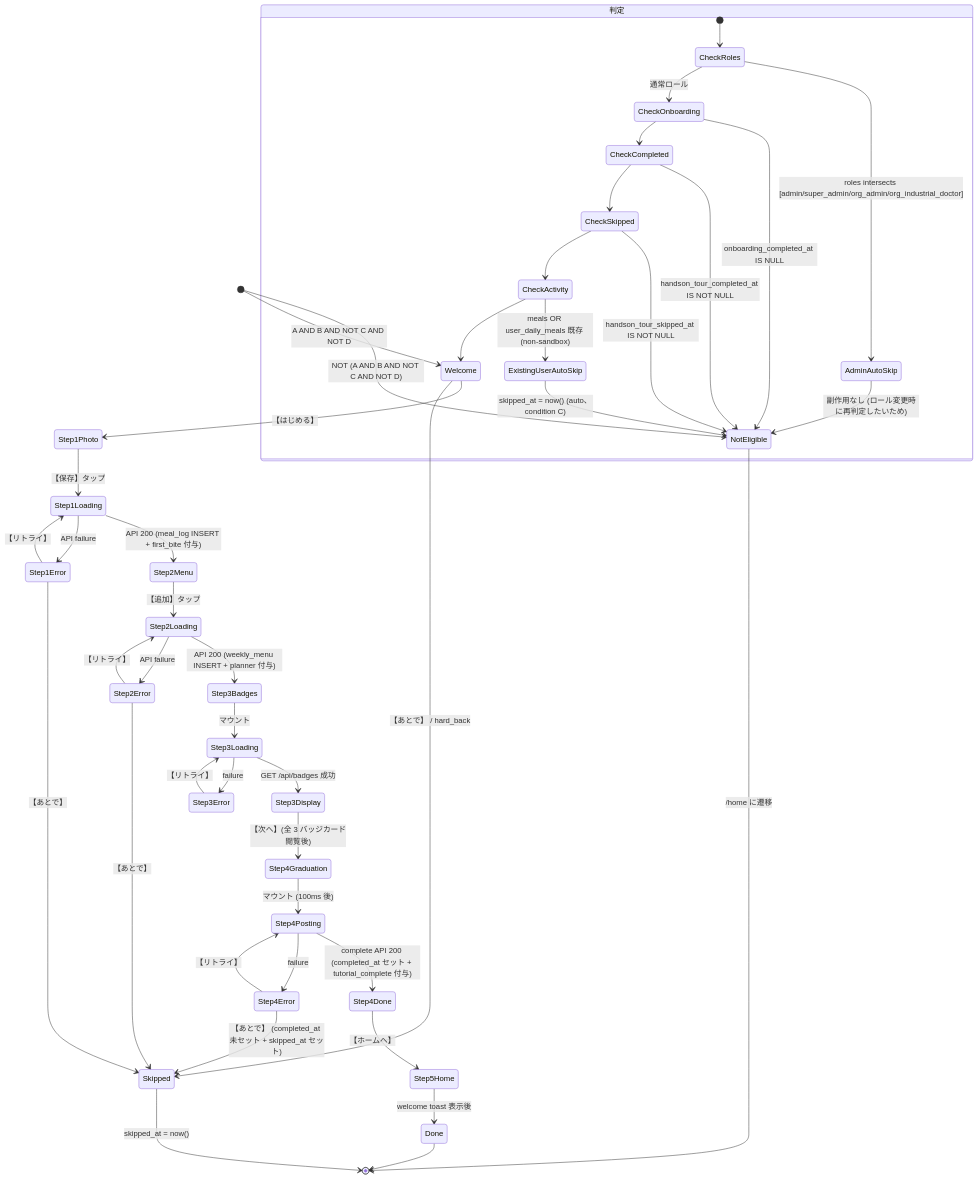
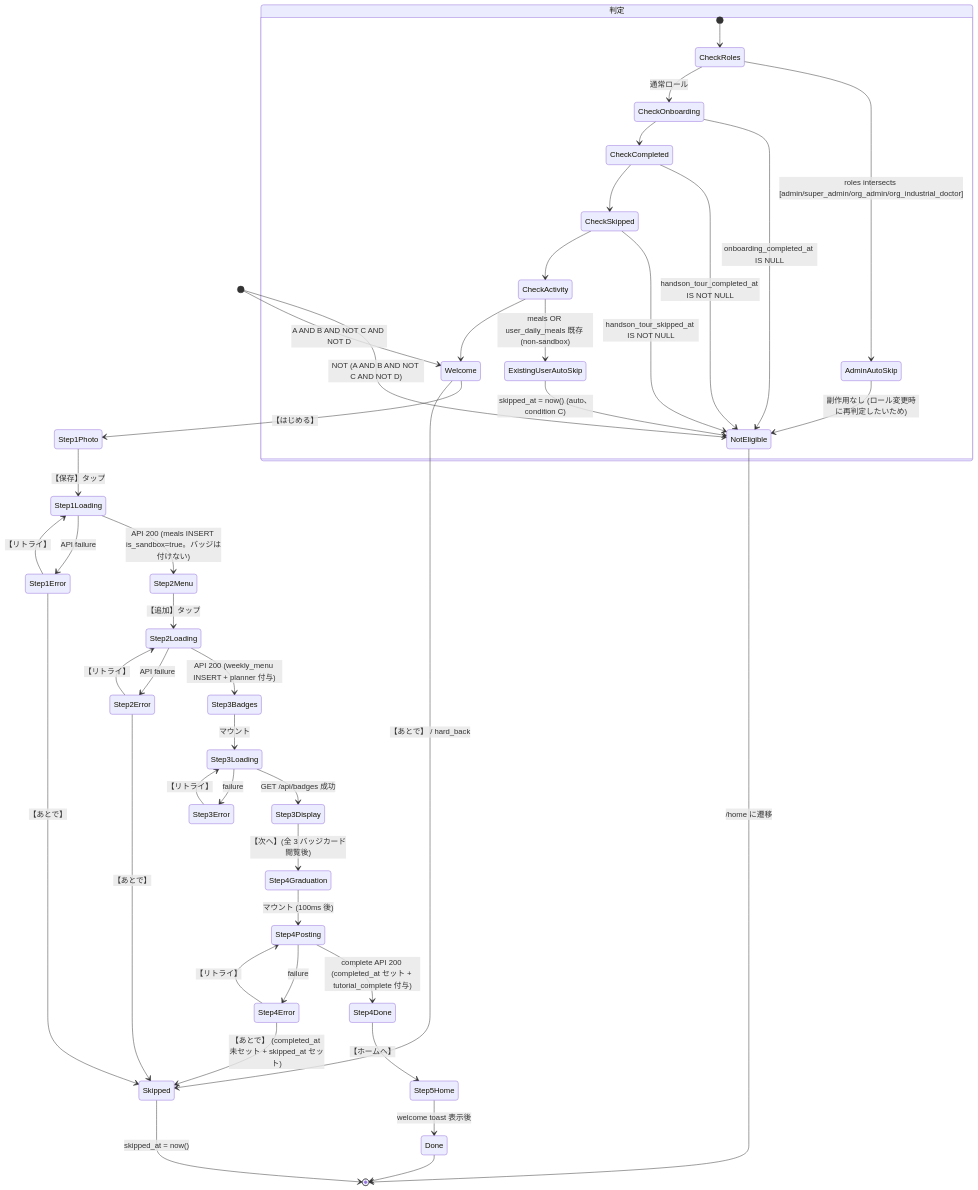
The diagram in docs/design/family/09-onboarding-handson-tour/08-state-db.md (DaisukeHori/homegohan-app), drawn with Mermaid before and after one commit. The commit also changed other lines of this file and 9 other files, not shown here.

Commit message:
docs(design): ツアー Step 3 の獲得数と first_bite の吹き出しの文言を実装に合わせる (#1626)

````diff
--- a/docs/design/family/09-onboarding-handson-tour/08-state-db.md
+++ b/docs/design/family/09-onboarding-handson-tour/08-state-db.md
@@ -102,57 +102,57 @@
 ```mermaid
 stateDiagram-v2
   [*] --> NotEligible: NOT (A AND B AND NOT C AND NOT D)
   [*] --> Welcome: A AND B AND NOT C AND NOT D
 
   state "判定" as Eligibility {
     [*] --> CheckRoles
     CheckRoles --> AdminAutoSkip: roles intersects [admin/super_admin/org_admin/org_industrial_doctor]
     CheckRoles --> CheckOnboarding: 通常ロール
     CheckOnboarding --> NotEligible: onboarding_completed_at IS NULL
     CheckOnboarding --> CheckCompleted
     CheckCompleted --> NotEligible: handson_tour_completed_at IS NOT NULL
     CheckCompleted --> CheckSkipped
     CheckSkipped --> NotEligible: handson_tour_skipped_at IS NOT NULL
     CheckSkipped --> CheckActivity
     CheckActivity --> ExistingUserAutoSkip: meals OR user_daily_meals 既存 (non-sandbox)
     CheckActivity --> Welcome
   }
 
   Welcome --> Step1Photo: 【はじめる】
   Welcome --> Skipped: 【あとで】 / hard_back
 
   Step1Photo --> Step1Loading: 【保存】タップ
-  Step1Loading --> Step2Menu: API 200 (meal_log INSERT + first_bite 付与)
+  Step1Loading --> Step2Menu: API 200 (meals INSERT is_sandbox=true。バッジは付けない)
   Step1Loading --> Step1Error: API failure
   Step1Error --> Step1Loading: 【リトライ】
   Step1Error --> Skipped: 【あとで】
 
   Step2Menu --> Step2Loading: 【追加】タップ
   Step2Loading --> Step3Badges: API 200 (weekly_menu INSERT + planner 付与)
   Step2Loading --> Step2Error: API failure
   Step2Error --> Step2Loading: 【リトライ】
   Step2Error --> Skipped: 【あとで】
 
   Step3Badges --> Step3Loading: マウント
   Step3Loading --> Step3Display: GET /api/badges 成功
   Step3Loading --> Step3Error: failure
   Step3Display --> Step4Graduation: 【次へ】(全 3 バッジカード閲覧後)
   Step3Error --> Step3Loading: 【リトライ】
 
   Step4Graduation --> Step4Posting: マウント (100ms 後)
   Step4Posting --> Step4Done: complete API 200 (completed_at セット + tutorial_complete 付与)
   Step4Posting --> Step4Error: failure
   Step4Error --> Step4Posting: 【リトライ】
   Step4Error --> Skipped: 【あとで】 (completed_at 未セット + skipped_at セット)
 
   Step4Done --> Step5Home: 【ホームへ】
 
   Step5Home --> Done: welcome toast 表示後
 
   AdminAutoSkip --> NotEligible: 副作用なし (ロール変更時に再判定したいため)
   ExistingUserAutoSkip --> NotEligible: skipped_at = now() (auto、condition C)
 
   NotEligible --> [*]: /home に遷移
   Skipped --> [*]: skipped_at = now()
   Done --> [*]
 ```
````
